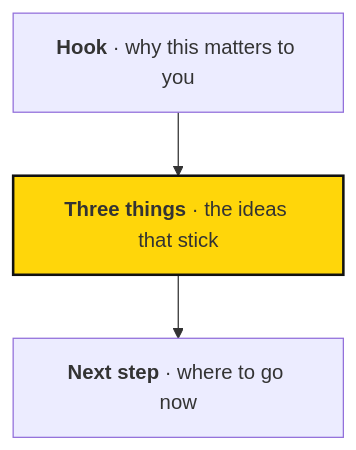
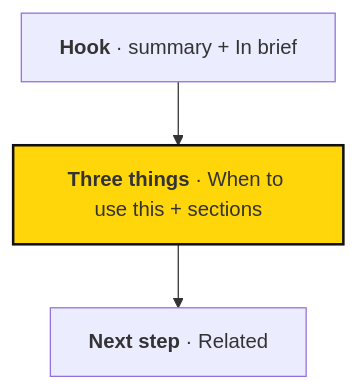
The diagram in STYLE-GUIDE.md (Sapiens-First/Docs), drawn with Mermaid before and after one commit. The commit also changed other lines of this file and 2 other files, not shown here.

````diff
--- a/STYLE-GUIDE.md
+++ b/STYLE-GUIDE.md
@@ -23,6 +23,6 @@
 ```mermaid
 flowchart TB
-  H["<b>Hook</b> · why this matters to you"] --> T["<b>Three things</b> · the ideas that stick"] --> N["<b>Next step</b> · where to go now"]
+  H["<b>Hook</b> · summary + In brief"] --> T["<b>Three things</b> · When to use this + sections"] --> N["<b>Next step</b> · Related"]
   classDef accent fill:#ffd60a,stroke:#111,stroke-width:2px
   class T accent
 ```
````
